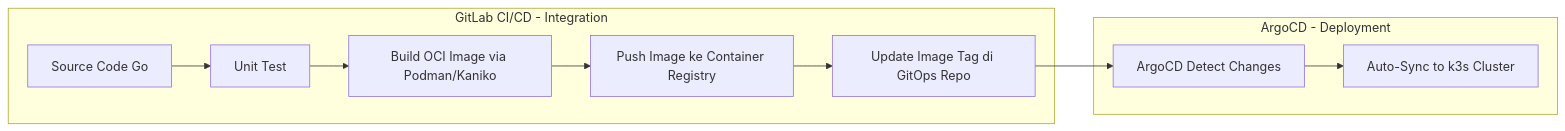
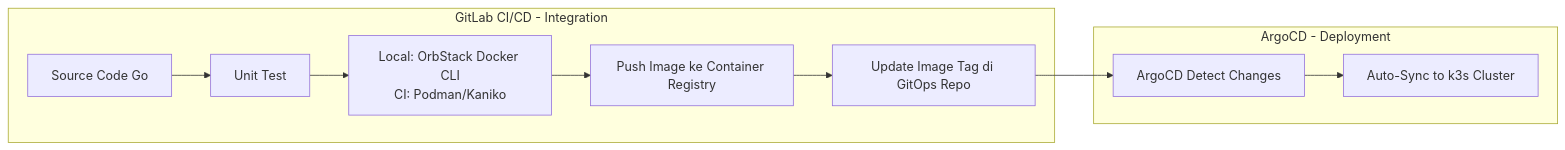
Before and after one commit to mrmuzma07/gh-devOpsTraining: the diagram in minggu-04/02-cicd-pipeline-dan-gitlab-runner.md, drawn with Mermaid. The commit also changed other lines of this file and 8 other files, not shown here.

Commit message:
update with OrbStack

````diff
--- a/minggu-04/02-cicd-pipeline-dan-gitlab-runner.md
+++ b/minggu-04/02-cicd-pipeline-dan-gitlab-runner.md
@@ -11,14 +11,14 @@
 ```mermaid
 graph LR
     subgraph CI_Pipeline [GitLab CI/CD - Integration]
         Code[Source Code Go] --> Test[Unit Test]
-        Test --> Build[Build OCI Image via Podman/Kaniko]
+        Test --> Build[Local: OrbStack Docker CLI<br/>CI: Podman/Kaniko]
         Build --> Push[Push Image ke Container Registry]
         Push --> UpdateGit[Update Image Tag di GitOps Repo]
     end
 
     subgraph CD_Pipeline [ArgoCD - Deployment]
         UpdateGit --> ArgoDetect[ArgoCD Detect Changes]
         ArgoDetect --> Sync[Auto-Sync to k3s Cluster]
     end
 ```
````
